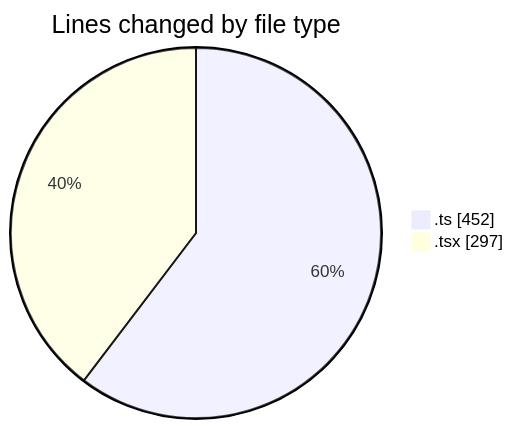
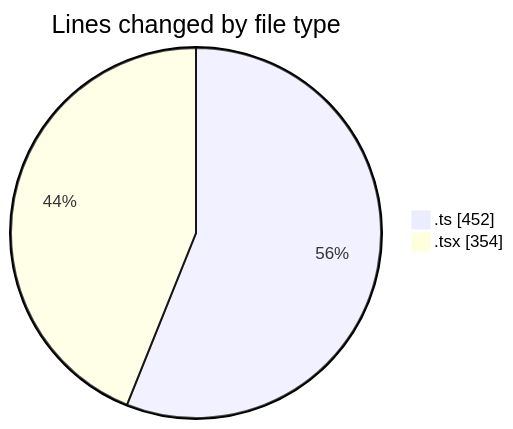
The first of 2 diagrams in 2025-11-03/eventscop-frontend-guide__workspace_/README.md (julien-gomy/code-tracking), drawn with Mermaid before and after one commit. The commit also changed other lines of this file and 1 other file, not shown here.

````diff
--- a/2025-11-03/eventscop-frontend-guide__workspace_/README.md
+++ b/2025-11-03/eventscop-frontend-guide__workspace_/README.md
@@ -22,6 +22,6 @@
 ```mermaid
 pie showData
 title Lines changed by file type
 ".ts" : 452
-".tsx" : 297
+".tsx" : 354
 ```
````
